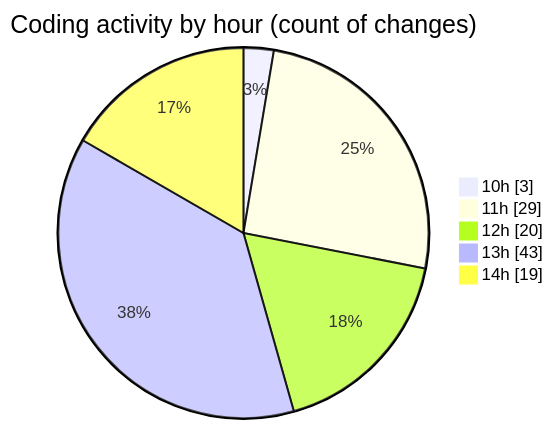
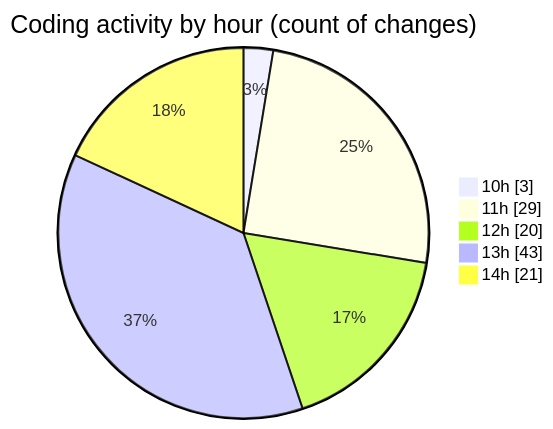
The second of 2 diagrams in 2025-08-14/ribbon/README.md (EIIisD/code-tracking), drawn with Mermaid before and after one commit. The commit also changed other lines of this file and 1 other file, not shown here.

````diff
--- a/2025-08-14/ribbon/README.md
+++ b/2025-08-14/ribbon/README.md
@@ -40,9 +40,9 @@
 ```mermaid
 pie showData
 title Coding activity by hour (count of changes)
 "10h" : 3
 "11h" : 29
 "12h" : 20
 "13h" : 43
-"14h" : 19
+"14h" : 21
 ```
````
